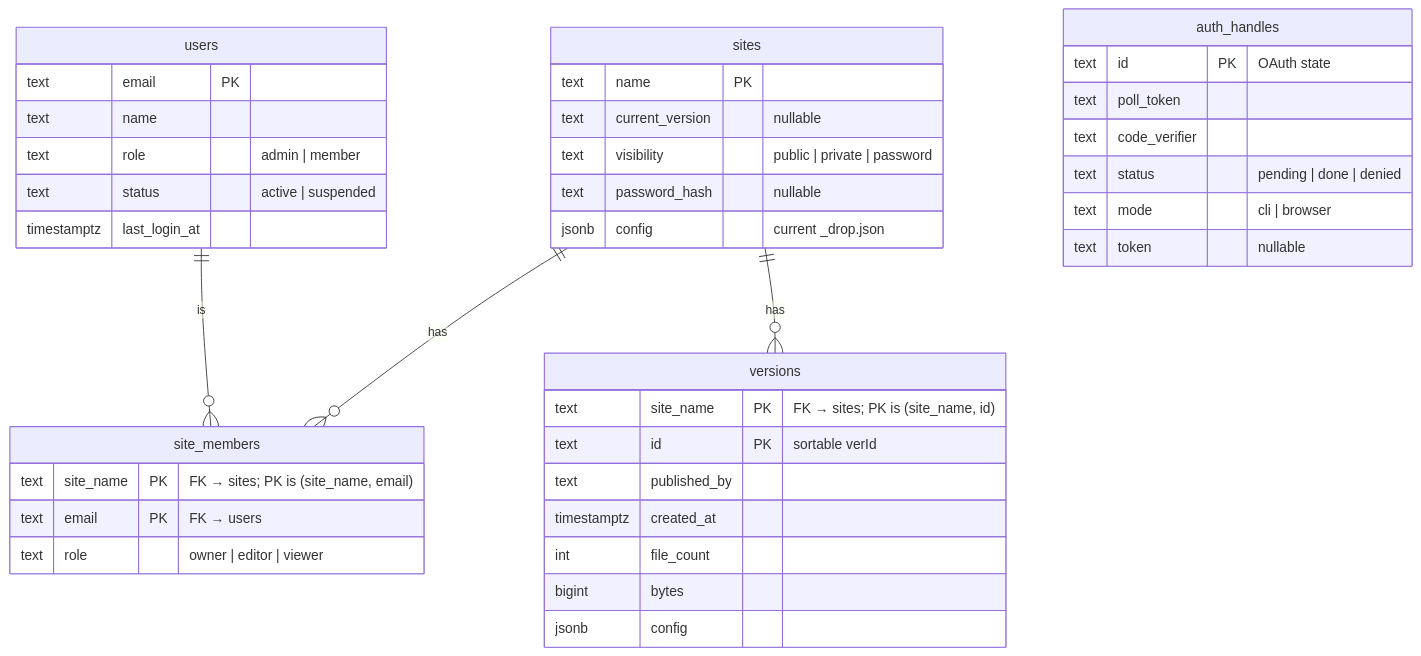
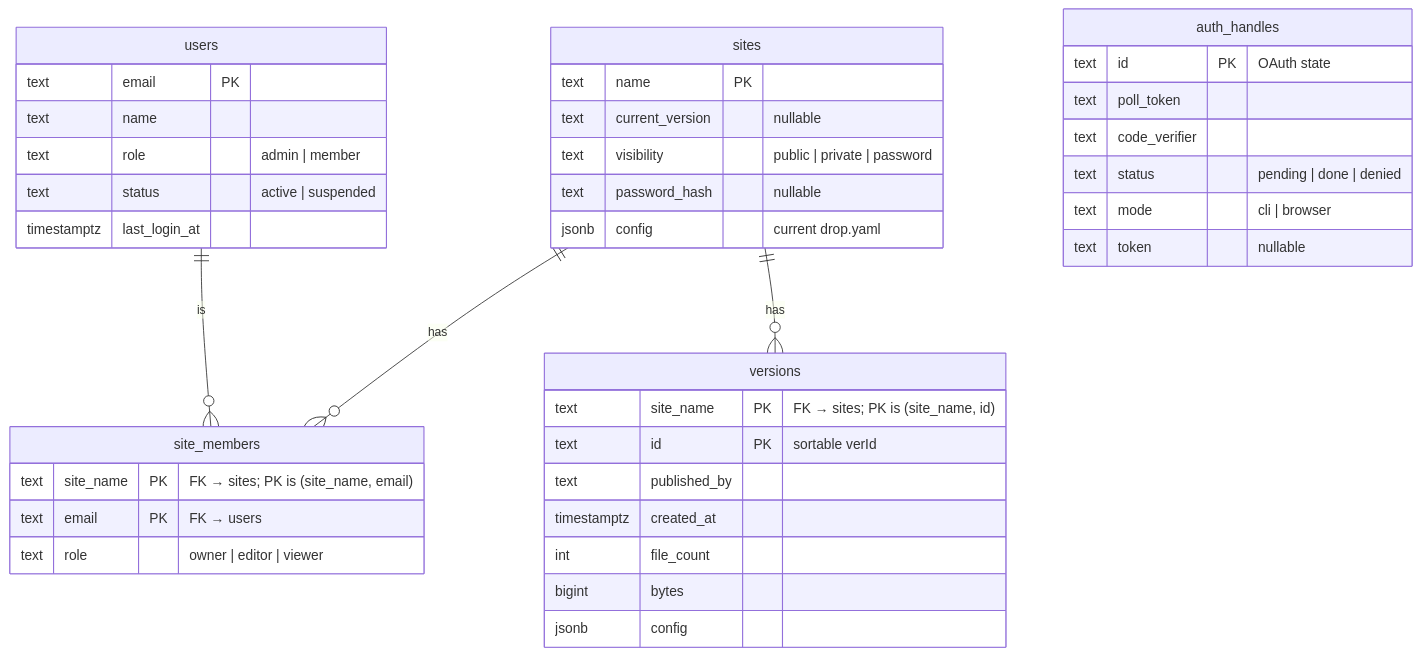
Before and after one commit to abhirathore2006/drop: the fourth of 6 diagrams in docs/ARCHITECTURE.md, drawn with Mermaid. The commit also changed other lines of this file and 23 other files, not shown here.

First line of the commit message:
refactor: drop.yaml is the only site config; remove _drop.json entirely

````diff
--- a/docs/ARCHITECTURE.md
+++ b/docs/ARCHITECTURE.md
@@ -146,43 +146,43 @@
 ```mermaid
 erDiagram
     users ||--o{ site_members : "is"
     sites ||--o{ site_members : "has"
     sites ||--o{ versions : "has"
 
     users {
         text email PK
         text name
         text role "admin | member"
         text status "active | suspended"
         timestamptz last_login_at
     }
     sites {
         text name PK
         text current_version "nullable"
         text visibility "public | private | password"
         text password_hash "nullable"
-        jsonb config "current _drop.json"
+        jsonb config "current drop.yaml"
     }
     site_members {
         text site_name PK "FK → sites; PK is (site_name, email)"
         text email PK "FK → users"
         text role "owner | editor | viewer"
     }
     versions {
         text site_name PK "FK → sites; PK is (site_name, id)"
         text id PK "sortable verId"
         text published_by
         timestamptz created_at
         int file_count
         bigint bytes
         jsonb config
     }
     auth_handles {
         text id PK "OAuth state"
         text poll_token
         text code_verifier
         text status "pending | done | denied"
         text mode "cli | browser"
         text token "nullable"
     }
 ```
````
